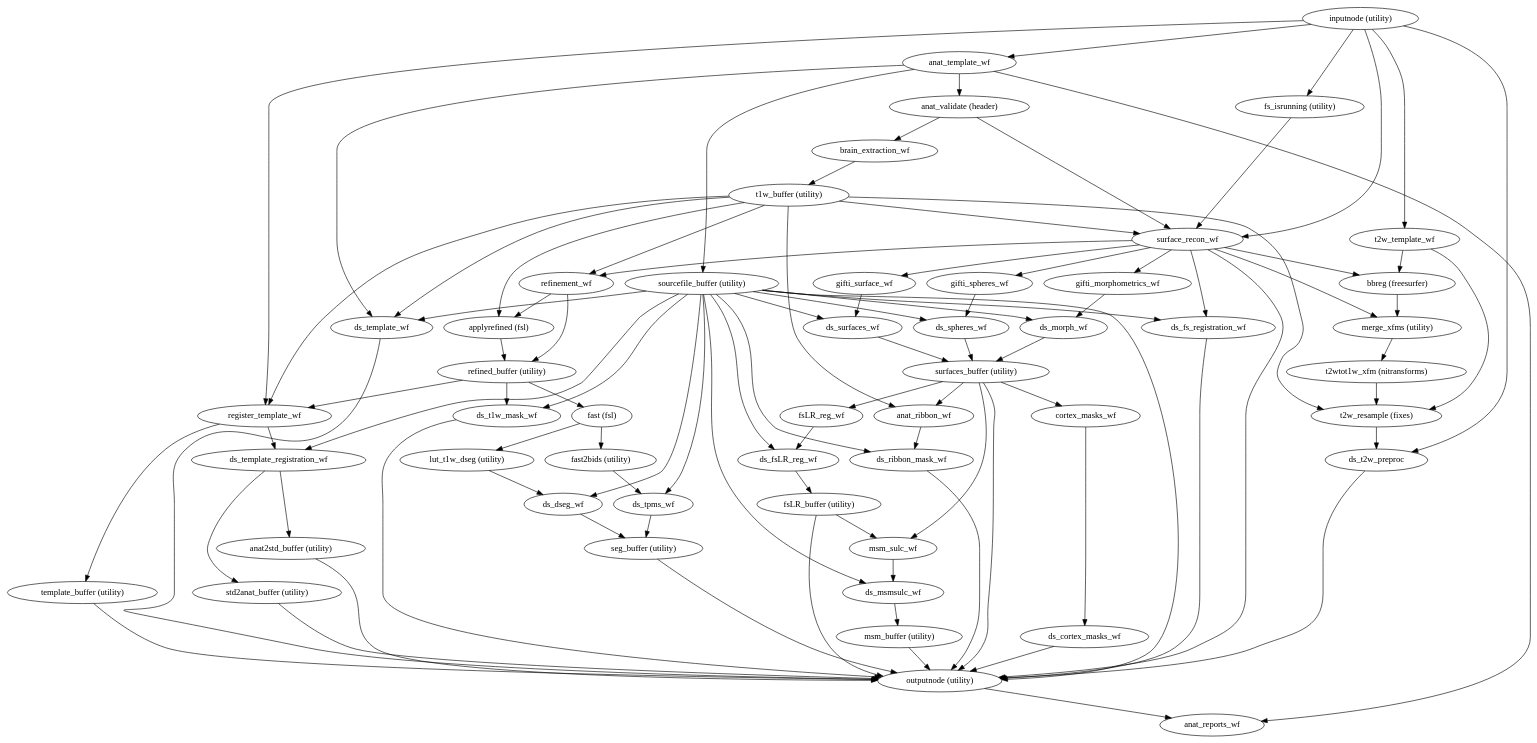
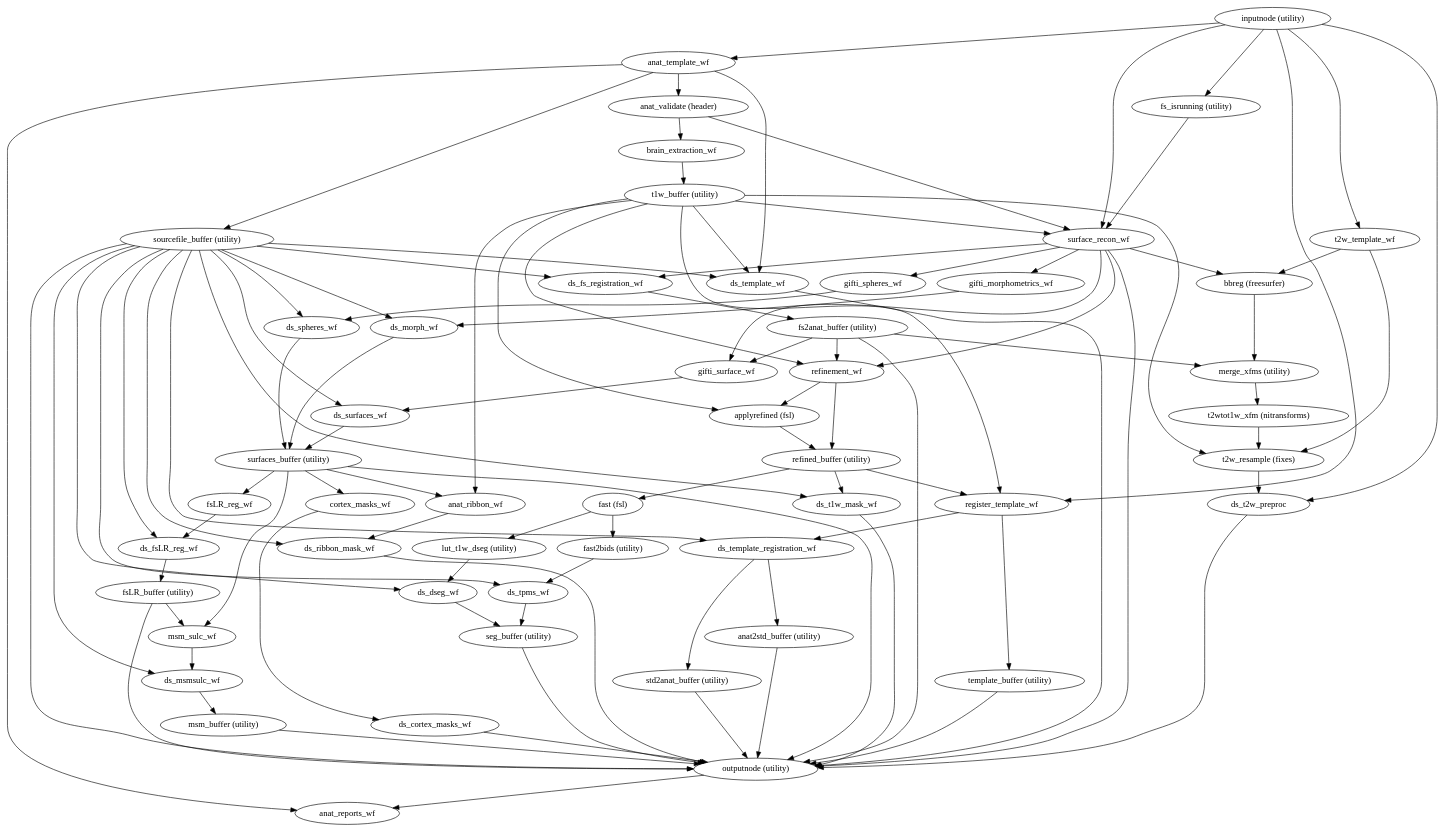
Before and after one commit to nipreps/smriprep: the diagram in 0.15.0/wf_directive/api/anat_fit_wf/smriprep-workflows-anatomical-1.dot, drawn with Graphviz. The commit also changed 14123 other files, not shown here.

```diff
--- a/0.15.0/wf_directive/api/anat_fit_wf/smriprep-workflows-anatomical-1.dot
+++ b/0.15.0/wf_directive/api/anat_fit_wf/smriprep-workflows-anatomical-1.dot
@@ -1,147 +1,151 @@
 strict digraph {
 "inputnode (utility)";
 "anat_template_wf";
 "register_template_wf";
 "fs_isrunning (utility)";
 "surface_recon_wf";
 "t2w_template_wf";
 "ds_t2w_preproc";
 "seg_buffer (utility)";
 "outputnode (utility)";
 "anat_reports_wf";
 "anat2std_buffer (utility)";
 "std2anat_buffer (utility)";
 "template_buffer (utility)";
+"fs2anat_buffer (utility)";
+"refinement_wf";
+"merge_xfms (utility)";
+"gifti_surface_wf";
 "sourcefile_buffer (utility)";
 "ds_template_wf";
 "ds_t1w_mask_wf";
 "ds_dseg_wf";
 "ds_tpms_wf";
 "ds_template_registration_wf";
 "ds_fs_registration_wf";
 "ds_surfaces_wf";
 "ds_spheres_wf";
 "ds_morph_wf";
 "ds_ribbon_mask_wf";
 "ds_fsLR_reg_wf";
 "ds_msmsulc_wf";
 "surfaces_buffer (utility)";
 "anat_ribbon_wf";
 "fsLR_reg_wf";
 "msm_sulc_wf";
 "cortex_masks_wf";
 "fsLR_buffer (utility)";
 "msm_buffer (utility)";
 "anat_validate (header)";
 "brain_extraction_wf";
 "t1w_buffer (utility)";
-"refinement_wf";
 "applyrefined (fsl)";
 "t2w_resample (fixes)";
 "refined_buffer (utility)";
 "fast (fsl)";
 "lut_t1w_dseg (utility)";
 "fast2bids (utility)";
 "bbreg (freesurfer)";
-"merge_xfms (utility)";
-"gifti_surface_wf";
 "gifti_spheres_wf";
 "gifti_morphometrics_wf";
 "t2wtot1w_xfm (nitransforms)";
 "ds_cortex_masks_wf";
 "inputnode (utility)" -> "anat_template_wf";
 "inputnode (utility)" -> "register_template_wf";
 "inputnode (utility)" -> "fs_isrunning (utility)";
 "inputnode (utility)" -> "surface_recon_wf";
 "inputnode (utility)" -> "t2w_template_wf";
 "inputnode (utility)" -> "ds_t2w_preproc";
 "anat_template_wf" -> "anat_validate (header)";
 "anat_template_wf" -> "sourcefile_buffer (utility)";
 "anat_template_wf" -> "anat_reports_wf";
 "anat_template_wf" -> "ds_template_wf";
 "register_template_wf" -> "ds_template_registration_wf";
 "register_template_wf" -> "template_buffer (utility)";
 "fs_isrunning (utility)" -> "surface_recon_wf";
 "surface_recon_wf" -> "outputnode (utility)";
 "surface_recon_wf" -> "ds_fs_registration_wf";
 "surface_recon_wf" -> "refinement_wf";
 "surface_recon_wf" -> "bbreg (freesurfer)";
-"surface_recon_wf" -> "merge_xfms (utility)";
 "surface_recon_wf" -> "gifti_surface_wf";
 "surface_recon_wf" -> "gifti_spheres_wf";
 "surface_recon_wf" -> "gifti_morphometrics_wf";
 "t2w_template_wf" -> "bbreg (freesurfer)";
 "t2w_template_wf" -> "t2w_resample (fixes)";
 "ds_t2w_preproc" -> "outputnode (utility)";
 "seg_buffer (utility)" -> "outputnode (utility)";
 "outputnode (utility)" -> "anat_reports_wf";
 "anat2std_buffer (utility)" -> "outputnode (utility)";
 "std2anat_buffer (utility)" -> "outputnode (utility)";
 "template_buffer (utility)" -> "outputnode (utility)";
+"fs2anat_buffer (utility)" -> "outputnode (utility)";
+"fs2anat_buffer (utility)" -> "refinement_wf";
+"fs2anat_buffer (utility)" -> "merge_xfms (utility)";
+"fs2anat_buffer (utility)" -> "gifti_surface_wf";
+"refinement_wf" -> "applyrefined (fsl)";
+"refinement_wf" -> "refined_buffer (utility)";
+"merge_xfms (utility)" -> "t2wtot1w_xfm (nitransforms)";
+"gifti_surface_wf" -> "ds_surfaces_wf";
 "sourcefile_buffer (utility)" -> "outputnode (utility)";
 "sourcefile_buffer (utility)" -> "ds_template_wf";
 "sourcefile_buffer (utility)" -> "ds_t1w_mask_wf";
 "sourcefile_buffer (utility)" -> "ds_dseg_wf";
 "sourcefile_buffer (utility)" -> "ds_tpms_wf";
 "sourcefile_buffer (utility)" -> "ds_template_registration_wf";
 "sourcefile_buffer (utility)" -> "ds_fs_registration_wf";
 "sourcefile_buffer (utility)" -> "ds_surfaces_wf";
 "sourcefile_buffer (utility)" -> "ds_spheres_wf";
 "sourcefile_buffer (utility)" -> "ds_morph_wf";
 "sourcefile_buffer (utility)" -> "ds_ribbon_mask_wf";
 "sourcefile_buffer (utility)" -> "ds_fsLR_reg_wf";
 "sourcefile_buffer (utility)" -> "ds_msmsulc_wf";
 "ds_template_wf" -> "outputnode (utility)";
 "ds_t1w_mask_wf" -> "outputnode (utility)";
 "ds_dseg_wf" -> "seg_buffer (utility)";
 "ds_tpms_wf" -> "seg_buffer (utility)";
 "ds_template_registration_wf" -> "std2anat_buffer (utility)";
 "ds_template_registration_wf" -> "anat2std_buffer (utility)";
-"ds_fs_registration_wf" -> "outputnode (utility)";
+"ds_fs_registration_wf" -> "fs2anat_buffer (utility)";
 "ds_surfaces_wf" -> "surfaces_buffer (utility)";
 "ds_spheres_wf" -> "surfaces_buffer (utility)";
 "ds_morph_wf" -> "surfaces_buffer (utility)";
 "ds_ribbon_mask_wf" -> "outputnode (utility)";
 "ds_fsLR_reg_wf" -> "fsLR_buffer (utility)";
 "ds_msmsulc_wf" -> "msm_buffer (utility)";
 "surfaces_buffer (utility)" -> "outputnode (utility)";
 "surfaces_buffer (utility)" -> "anat_ribbon_wf";
 "surfaces_buffer (utility)" -> "fsLR_reg_wf";
 "surfaces_buffer (utility)" -> "msm_sulc_wf";
 "surfaces_buffer (utility)" -> "cortex_masks_wf";
 "anat_ribbon_wf" -> "ds_ribbon_mask_wf";
 "fsLR_reg_wf" -> "ds_fsLR_reg_wf";
 "msm_sulc_wf" -> "ds_msmsulc_wf";
 "cortex_masks_wf" -> "ds_cortex_masks_wf";
 "fsLR_buffer (utility)" -> "outputnode (utility)";
 "fsLR_buffer (utility)" -> "msm_sulc_wf";
 "msm_buffer (utility)" -> "outputnode (utility)";
 "anat_validate (header)" -> "brain_extraction_wf";
 "anat_validate (header)" -> "surface_recon_wf";
 "brain_extraction_wf" -> "t1w_buffer (utility)";
 "t1w_buffer (utility)" -> "ds_template_wf";
 "t1w_buffer (utility)" -> "register_template_wf";
 "t1w_buffer (utility)" -> "surface_recon_wf";
 "t1w_buffer (utility)" -> "refinement_wf";
 "t1w_buffer (utility)" -> "applyrefined (fsl)";
 "t1w_buffer (utility)" -> "t2w_resample (fixes)";
 "t1w_buffer (utility)" -> "anat_ribbon_wf";
-"refinement_wf" -> "applyrefined (fsl)";
-"refinement_wf" -> "refined_buffer (utility)";
 "applyrefined (fsl)" -> "refined_buffer (utility)";
 "t2w_resample (fixes)" -> "ds_t2w_preproc";
 "refined_buffer (utility)" -> "ds_t1w_mask_wf";
 "refined_buffer (utility)" -> "fast (fsl)";
 "refined_buffer (utility)" -> "register_template_wf";
 "fast (fsl)" -> "lut_t1w_dseg (utility)";
 "fast (fsl)" -> "fast2bids (utility)";
 "lut_t1w_dseg (utility)" -> "ds_dseg_wf";
 "fast2bids (utility)" -> "ds_tpms_wf";
 "bbreg (freesurfer)" -> "merge_xfms (utility)";
-"merge_xfms (utility)" -> "t2wtot1w_xfm (nitransforms)";
-"gifti_surface_wf" -> "ds_surfaces_wf";
 "gifti_spheres_wf" -> "ds_spheres_wf";
 "gifti_morphometrics_wf" -> "ds_morph_wf";
 "t2wtot1w_xfm (nitransforms)" -> "t2w_resample (fixes)";
 "ds_cortex_masks_wf" -> "outputnode (utility)";
 }
```
